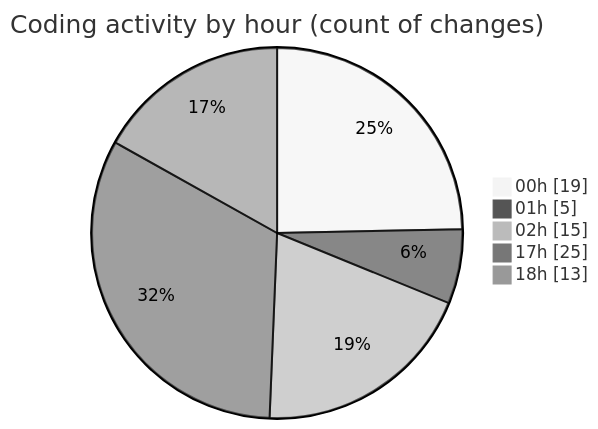
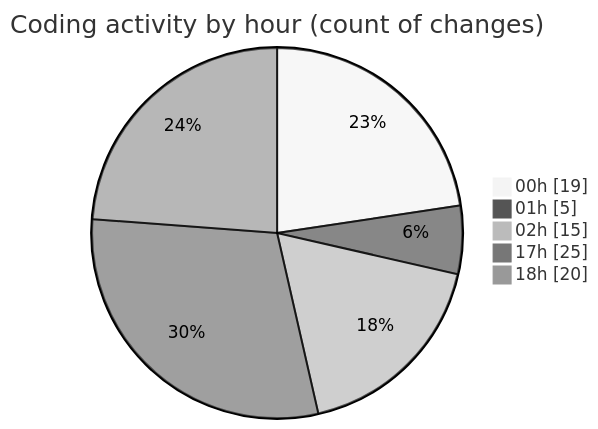
One commit to Elitesun/code-tracking changed the second of 2 diagrams in 2025-02-14/elitegpt/README.md. Above: the diagram before and after it, drawn with Mermaid (neutral theme). The commit also changed other lines of this file and 1 other file, not shown here.

````diff
--- a/2025-02-14/elitegpt/README.md
+++ b/2025-02-14/elitegpt/README.md
@@ -44,9 +44,9 @@
 ```mermaid
 pie showData
 title Coding activity by hour (count of changes)
 "00h" : 19
 "01h" : 5
 "02h" : 15
 "17h" : 25
-"18h" : 13
+"18h" : 20
 ```
````
